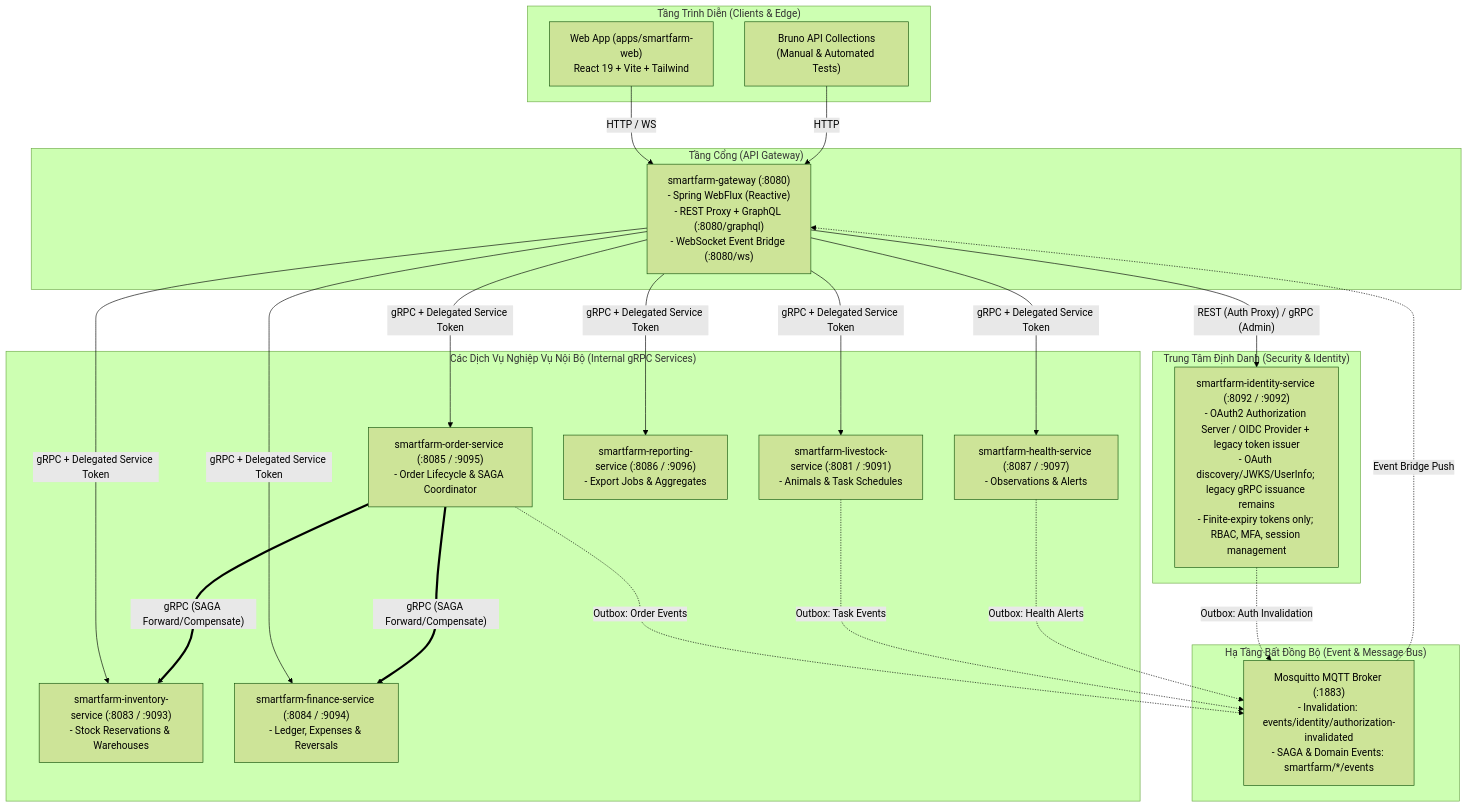
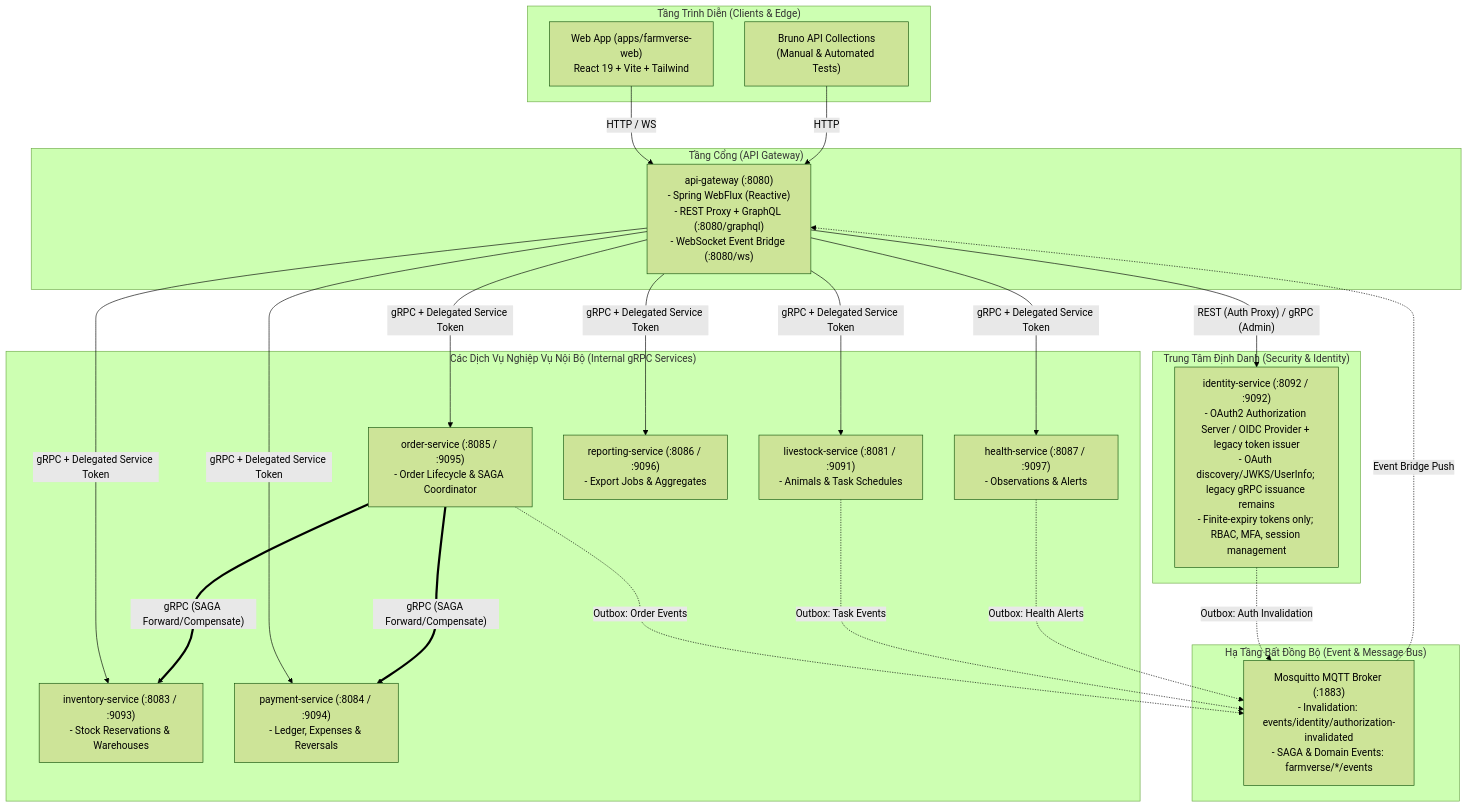
One commit to hatrongvu13/smartfarm-platform-maven-starter changed the first of 2 diagrams in docs/architecture/system-overview.md. Above: the diagram before and after it, drawn with Mermaid (forest theme). The commit also changed other lines of this file and 1490 other files, not shown here.

````diff
--- a/docs/architecture/system-overview.md
+++ b/docs/architecture/system-overview.md
@@ -10,52 +10,52 @@
 ```mermaid
 flowchart TD
     subgraph Clients["Tầng Trình Diễn (Clients & Edge)"]
-        Web["Web App (apps/smartfarm-web)\nReact 19 + Vite + Tailwind"]
+        Web["Web App (apps/farmverse-web)\nReact 19 + Vite + Tailwind"]
         Bruno["Bruno API Collections\n(Manual & Automated Tests)"]
     end
 
     subgraph EdgeIngress["Tầng Cổng (API Gateway)"]
-        GW["smartfarm-gateway (:8080)\n- Spring WebFlux (Reactive)\n- REST Proxy + GraphQL (:8080/graphql)\n- WebSocket Event Bridge (:8080/ws)"]
+        GW["api-gateway (:8080)\n- Spring WebFlux (Reactive)\n- REST Proxy + GraphQL (:8080/graphql)\n- WebSocket Event Bridge (:8080/ws)"]
     end
 
     subgraph SecurityHub["Trung Tâm Định Danh (Security & Identity)"]
-        Identity["smartfarm-identity-service (:8092 / :9092)\n- OAuth2 Authorization Server / OIDC Provider + legacy token issuer\n- OAuth discovery/JWKS/UserInfo; legacy gRPC issuance remains\n- Finite-expiry tokens only; RBAC, MFA, session management"]
+        Identity["identity-service (:8092 / :9092)\n- OAuth2 Authorization Server / OIDC Provider + legacy token issuer\n- OAuth discovery/JWKS/UserInfo; legacy gRPC issuance remains\n- Finite-expiry tokens only; RBAC, MFA, session management"]
     end
 
     subgraph BusinessServices["Các Dịch Vụ Nghiệp Vụ Nội Bộ (Internal gRPC Services)"]
-        Order["smartfarm-order-service (:8085 / :9095)\n- Order Lifecycle & SAGA Coordinator"]
-        Inv["smartfarm-inventory-service (:8083 / :9093)\n- Stock Reservations & Warehouses"]
-        Fin["smartfarm-finance-service (:8084 / :9094)\n- Ledger, Expenses & Reversals"]
-        Livestock["smartfarm-livestock-service (:8081 / :9091)\n- Animals & Task Schedules"]
-        Health["smartfarm-health-service (:8087 / :9097)\n- Observations & Alerts"]
-        Reporting["smartfarm-reporting-service (:8086 / :9096)\n- Export Jobs & Aggregates"]
+        Order["order-service (:8085 / :9095)\n- Order Lifecycle & SAGA Coordinator"]
+        Inv["inventory-service (:8083 / :9093)\n- Stock Reservations & Warehouses"]
+        Fin["payment-service (:8084 / :9094)\n- Ledger, Expenses & Reversals"]
+        Livestock["livestock-service (:8081 / :9091)\n- Animals & Task Schedules"]
+        Health["health-service (:8087 / :9097)\n- Observations & Alerts"]
+        Reporting["reporting-service (:8086 / :9096)\n- Export Jobs & Aggregates"]
     end
 
     subgraph EventMesh["Hạ Tầng Bất Đồng Bộ (Event & Message Bus)"]
-        MQTT["Mosquitto MQTT Broker (:1883)\n- Invalidation: events/identity/authorization-invalidated\n- SAGA & Domain Events: smartfarm/*/events"]
+        MQTT["Mosquitto MQTT Broker (:1883)\n- Invalidation: events/identity/authorization-invalidated\n- SAGA & Domain Events: farmverse/*/events"]
     end
 
     %% Client calls
     Web -->|HTTP / WS| GW
     Bruno -->|HTTP| GW
 
     %% Gateway dispatch
     GW -->|"REST (Auth Proxy) / gRPC (Admin)"| Identity
     GW -->|"gRPC + Delegated Service Token"| Order
     GW -->|"gRPC + Delegated Service Token"| Inv
     GW -->|"gRPC + Delegated Service Token"| Fin
     GW -->|"gRPC + Delegated Service Token"| Livestock
     GW -->|"gRPC + Delegated Service Token"| Health
     GW -->|"gRPC + Delegated Service Token"| Reporting
 
     %% Inter-service calls (SAGA)
     Order ==>|"gRPC (SAGA Forward/Compensate)"| Inv
     Order ==>|"gRPC (SAGA Forward/Compensate)"| Fin
 
     %% Event Streams
     Identity -.->|"Outbox: Auth Invalidation"| MQTT
     Order -.->|"Outbox: Order Events"| MQTT
     Livestock -.->|"Outbox: Task Events"| MQTT
     Health -.->|"Outbox: Health Alerts"| MQTT
     MQTT -.->|"Event Bridge Push"| GW
 ```
````
